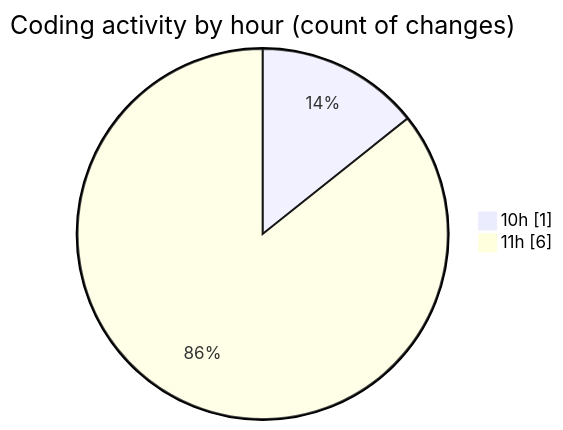
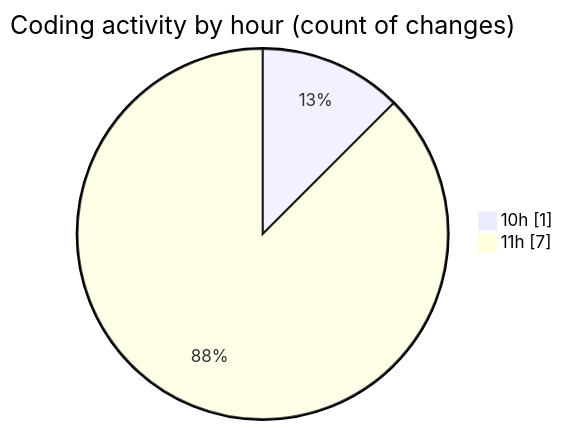
The second of 2 diagrams in 2025-11-14/argos/README.md (nxtqubesakshisongat/code-tracking), drawn with Mermaid before and after one commit. The commit also changed other lines of this file and 1 other file, not shown here.

````diff
--- a/2025-11-14/argos/README.md
+++ b/2025-11-14/argos/README.md
@@ -32,6 +33,6 @@
 ```mermaid
 pie showData
 title Coding activity by hour (count of changes)
 "10h" : 1
-"11h" : 6
+"11h" : 7
 ```
````
